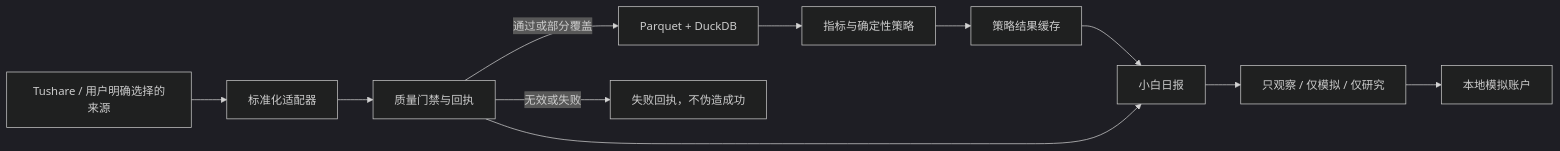
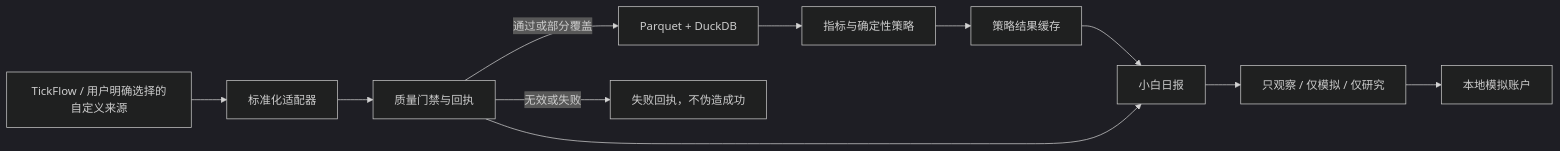
One commit to shy3130/tick-stock-panel changed the diagram in docs/a-share-advisor.md. Above: the diagram before and after it, drawn with Mermaid (dark theme). The commit also changed other lines of this file, not shown here.

````diff
--- a/docs/a-share-advisor.md
+++ b/docs/a-share-advisor.md
@@ -25,13 +29,13 @@
 ```mermaid
 flowchart LR
-    A["Tushare / 用户明确选择的来源"] --> B["标准化适配器"]
+    A["TickFlow / 用户明确选择的自定义来源"] --> B["标准化适配器"]
     B --> C["质量门禁与回执"]
     C -->|"通过或部分覆盖"| D["Parquet + DuckDB"]
     C -->|"无效或失败"| E["失败回执，不伪造成功"]
     D --> F["指标与确定性策略"]
     F --> G["策略结果缓存"]
     G --> H["小白日报"]
     C --> H
     H --> I["只观察 / 仅模拟 / 仅研究"]
     I --> J["本地模拟账户"]
 ```
````
